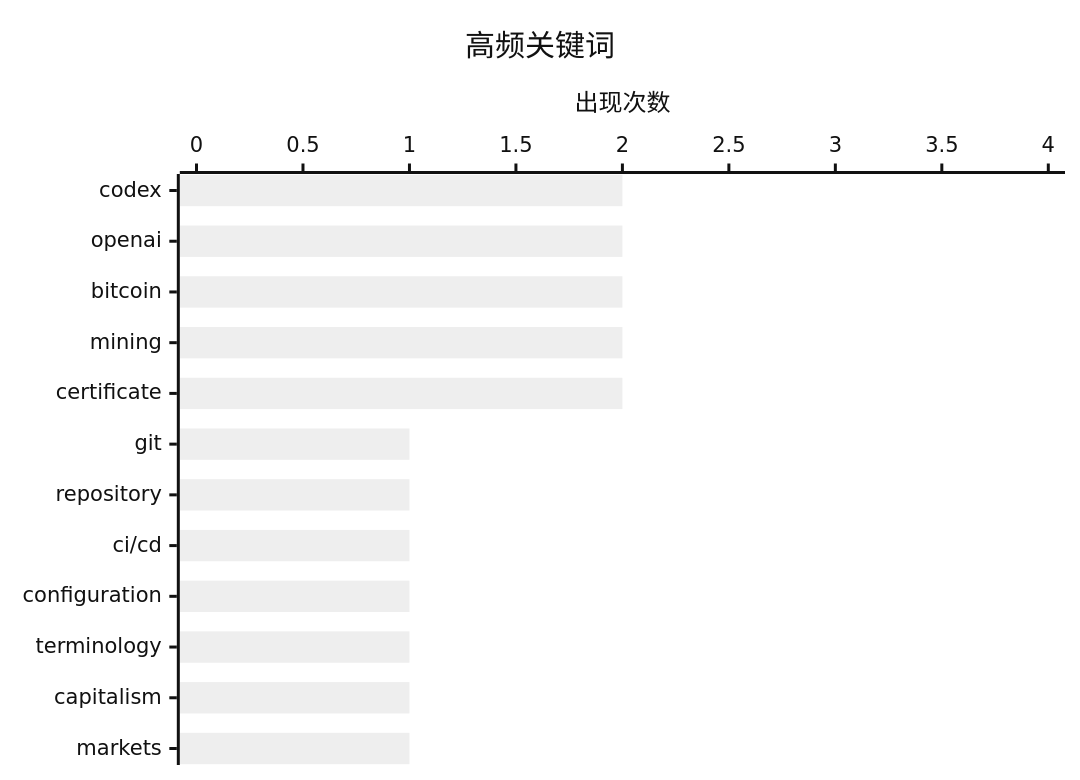
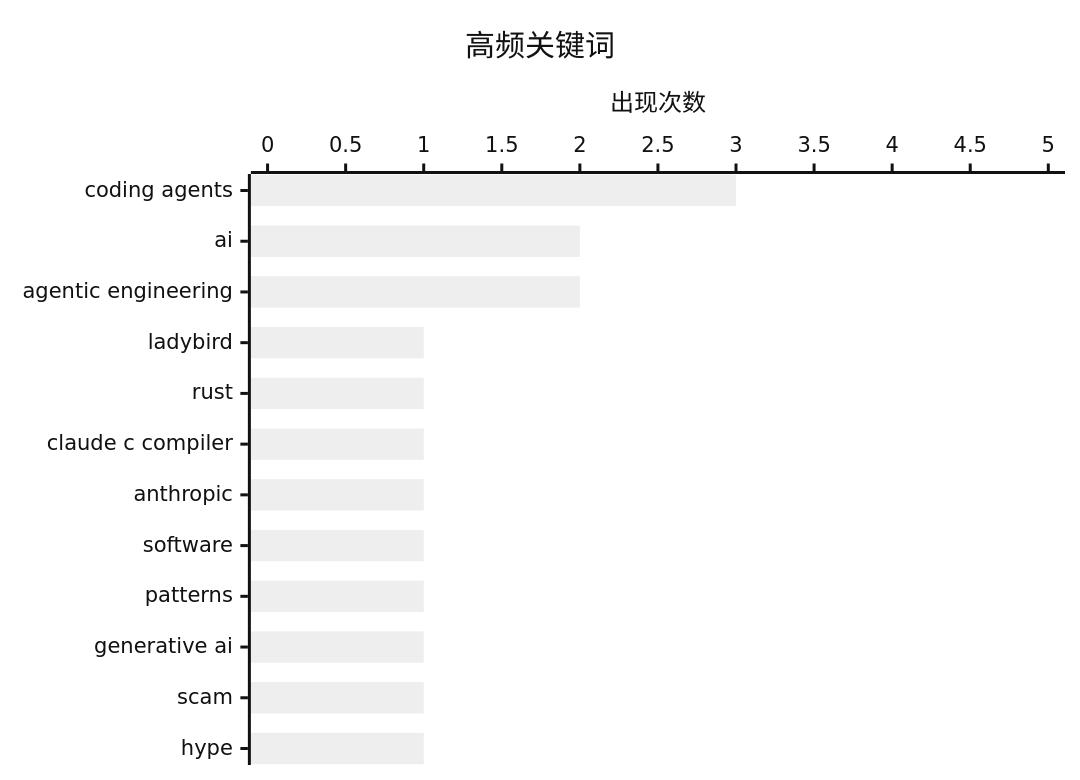
One commit to Yeadon8888/digest-news-viewer changed the second of 2 diagrams in public/data/digest-latest.md. Above: the diagram before and after it, drawn with Mermaid (neutral theme). The commit also changed other lines of this file, not shown here.

````diff
--- a/public/data/digest-latest.md
+++ b/public/data/digest-latest.md
@@ -64,7 +64,7 @@
 ```mermaid
 xychart-beta horizontal
     title "高频关键词"
-    x-axis ["codex", "openai", "bitcoin", "mining", "certificate", "git", "repository", "ci/cd", "configuration", "terminology", "capitalism", "markets"]
-    y-axis "出现次数" 0 --> 4
-    bar [2, 2, 2, 2, 2, 1, 1, 1, 1, 1, 1, 1]
+    x-axis ["coding agents", "ai", "agentic engineering", "ladybird", "rust", "claude c compiler", "anthropic", "software", "patterns", "generative ai", "scam", "hype"]
+    y-axis "出现次数" 0 --> 5
+    bar [3, 2, 2, 1, 1, 1, 1, 1, 1, 1, 1, 1]
 ```
````
